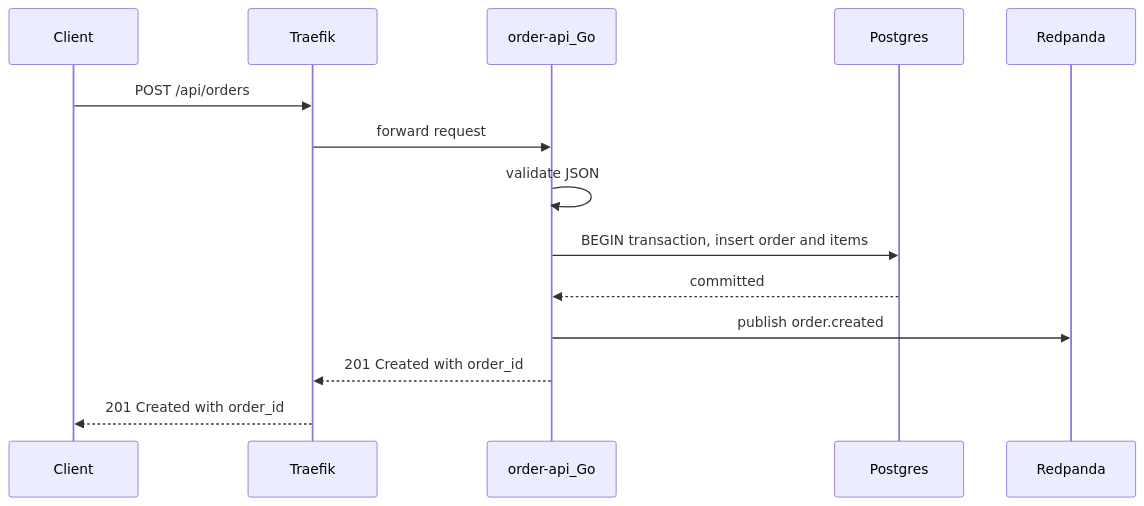
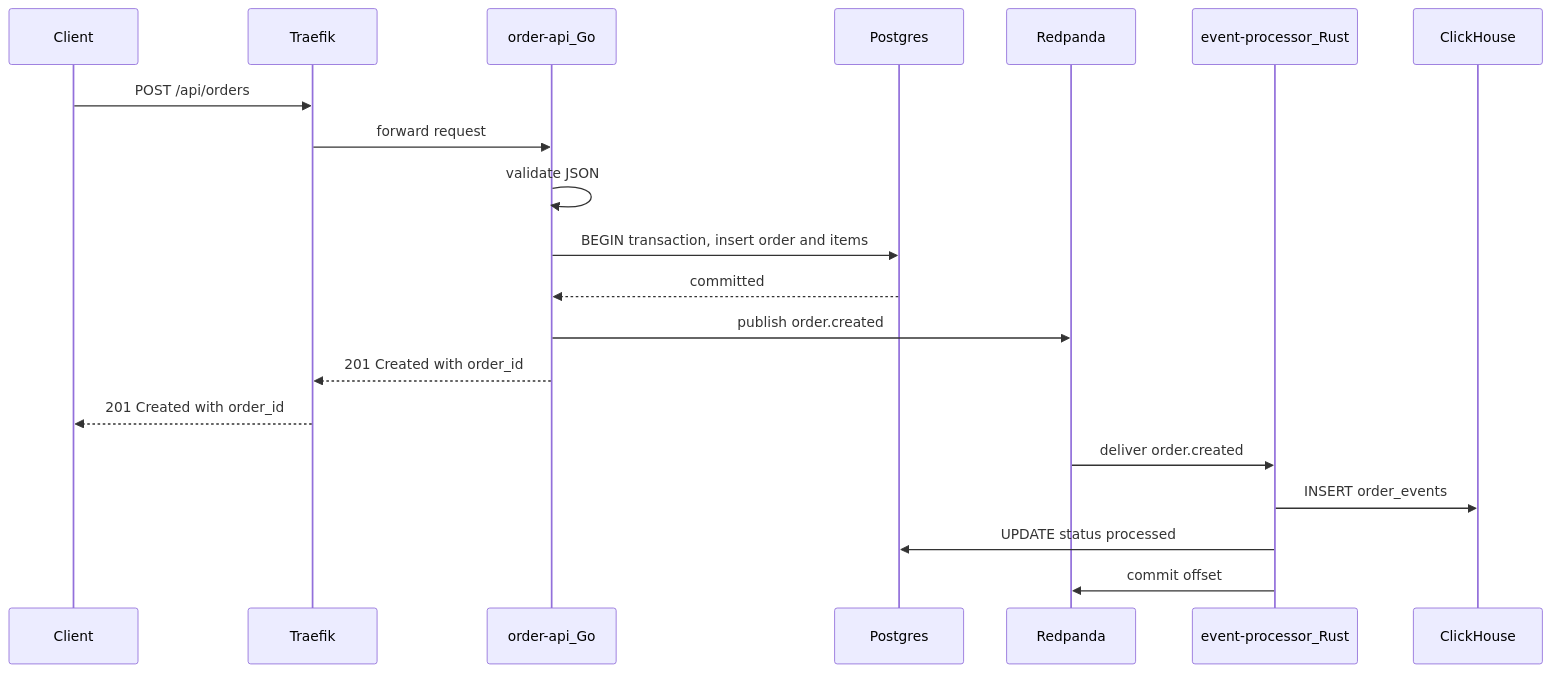
Before and after one commit to ianckc/streamshop-distributed-system: the first of 2 diagrams in docs/docs/data-flows/order-placement.mdx, drawn with Mermaid. The commit also changed other lines of this file and 36 other files, not shown here.

First line of the commit message:
0022 Create Rust events consumer (#23)

````diff
--- a/docs/docs/data-flows/order-placement.mdx
+++ b/docs/docs/data-flows/order-placement.mdx
@@ -11,17 +11,23 @@
 ```mermaid
 sequenceDiagram
   participant Client
   participant Traefik
   participant OrderAPI as order-api_Go
   participant Postgres
   participant Redpanda
+  participant Processor as event-processor_Rust
+  participant ClickHouse
 
   Client->>Traefik: POST /api/orders
   Traefik->>OrderAPI: forward request
   OrderAPI->>OrderAPI: validate JSON
   OrderAPI->>Postgres: BEGIN transaction, insert order and items
   Postgres-->>OrderAPI: committed
   OrderAPI->>Redpanda: publish order.created
   OrderAPI-->>Traefik: 201 Created with order_id
   Traefik-->>Client: 201 Created with order_id
+  Redpanda->>Processor: deliver order.created
+  Processor->>ClickHouse: INSERT order_events
+  Processor->>Postgres: UPDATE status processed
+  Processor->>Redpanda: commit offset
 ```
````
